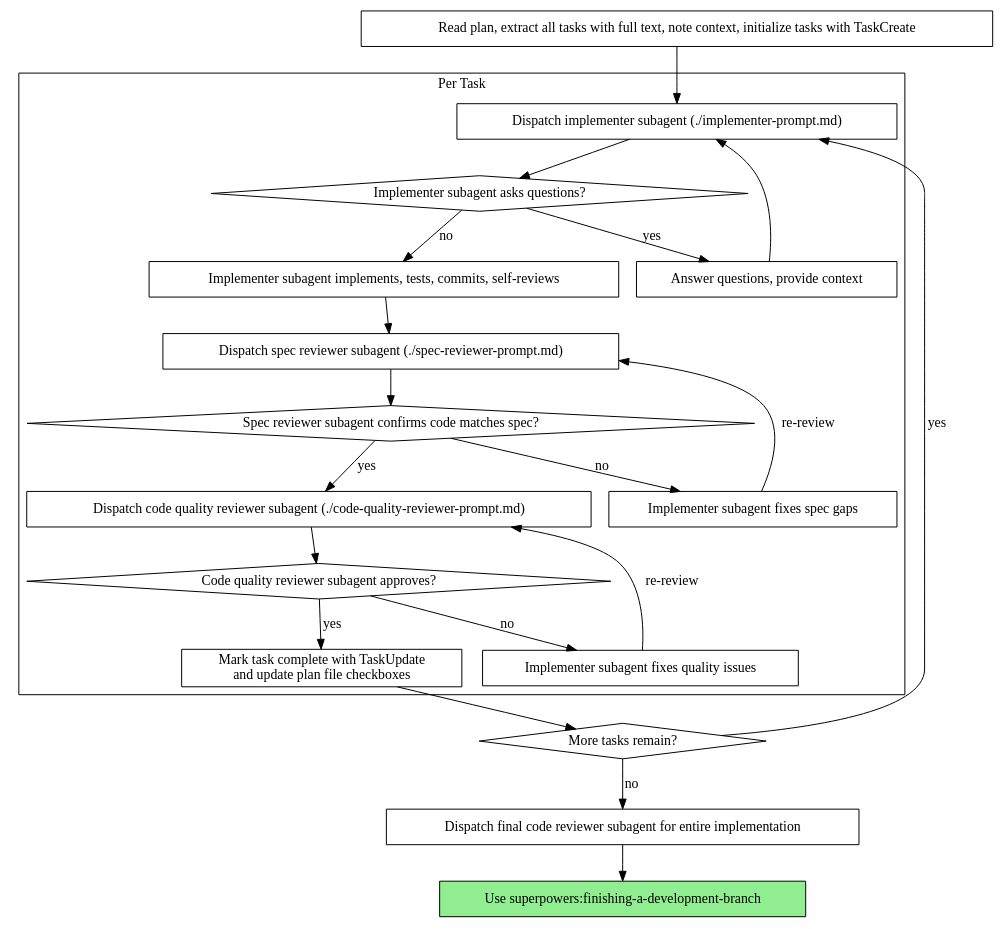
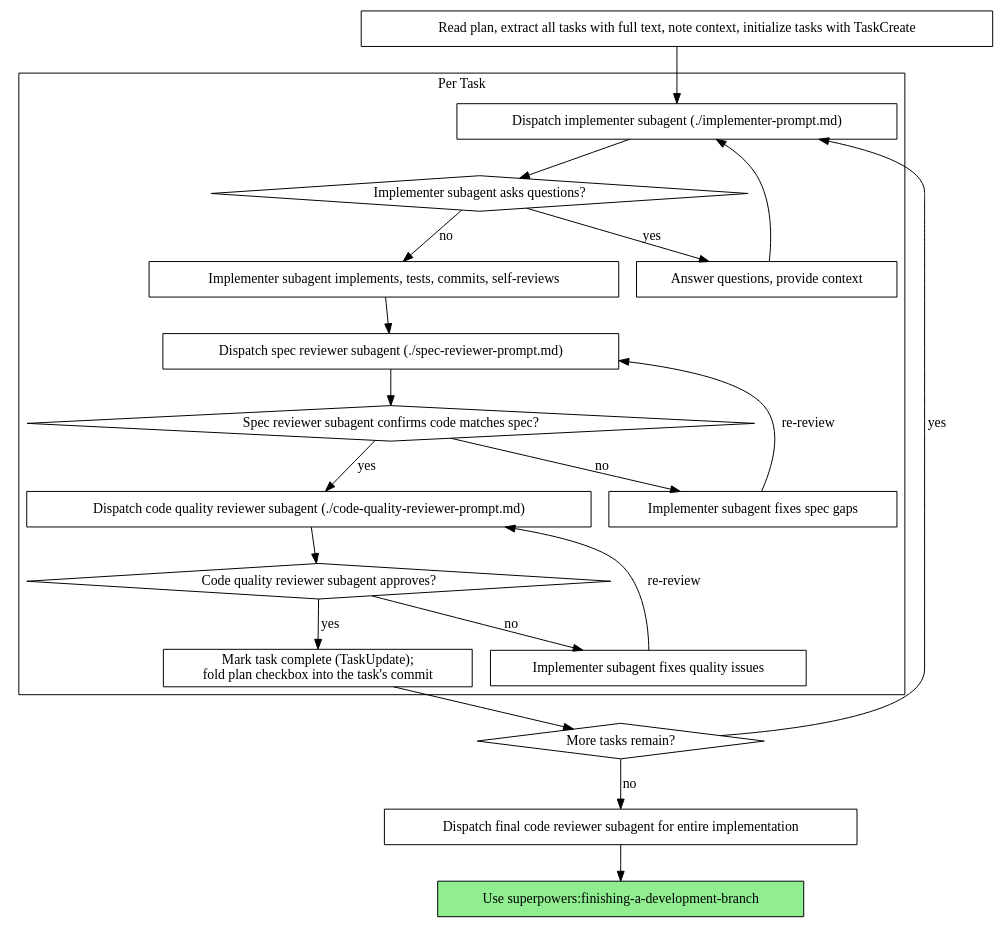
Before and after one commit to jasoncarr95/superpowers: the second of 2 diagrams in skills/subagent-driven-development/SKILL.md, drawn with Graphviz. The commit also changed other lines of this file and 1 other file, not shown here.

First line of the commit message:
feat(skills): fold plan-checkbox flip into the task's commit

````diff
--- a/skills/subagent-driven-development/SKILL.md
+++ b/skills/subagent-driven-development/SKILL.md
@@ -45,44 +45,44 @@
 ```dot
 digraph process {
     rankdir=TB;
 
     subgraph cluster_per_task {
         label="Per Task";
         "Dispatch implementer subagent (./implementer-prompt.md)" [shape=box];
         "Implementer subagent asks questions?" [shape=diamond];
         "Answer questions, provide context" [shape=box];
         "Implementer subagent implements, tests, commits, self-reviews" [shape=box];
         "Dispatch spec reviewer subagent (./spec-reviewer-prompt.md)" [shape=box];
         "Spec reviewer subagent confirms code matches spec?" [shape=diamond];
         "Implementer subagent fixes spec gaps" [shape=box];
         "Dispatch code quality reviewer subagent (./code-quality-reviewer-prompt.md)" [shape=box];
         "Code quality reviewer subagent approves?" [shape=diamond];
         "Implementer subagent fixes quality issues" [shape=box];
-        "Mark task complete with TaskUpdate\nand update plan file checkboxes" [shape=box];
+        "Mark task complete (TaskUpdate);\nfold plan checkbox into the task's commit" [shape=box];
     }
 
     "Read plan, extract all tasks with full text, note context, initialize tasks with TaskCreate" [shape=box];
     "More tasks remain?" [shape=diamond];
     "Dispatch final code reviewer subagent for entire implementation" [shape=box];
     "Use superpowers:finishing-a-development-branch" [shape=box style=filled fillcolor=lightgreen];
 
     "Read plan, extract all tasks with full text, note context, initialize tasks with TaskCreate" -> "Dispatch implementer subagent (./implementer-prompt.md)";
     "Dispatch implementer subagent (./implementer-prompt.md)" -> "Implementer subagent asks questions?";
     "Implementer subagent asks questions?" -> "Answer questions, provide context" [label="yes"];
     "Answer questions, provide context" -> "Dispatch implementer subagent (./implementer-prompt.md)";
     "Implementer subagent asks questions?" -> "Implementer subagent implements, tests, commits, self-reviews" [label="no"];
     "Implementer subagent implements, tests, commits, self-reviews" -> "Dispatch spec reviewer subagent (./spec-reviewer-prompt.md)";
     "Dispatch spec reviewer subagent (./spec-reviewer-prompt.md)" -> "Spec reviewer subagent confirms code matches spec?";
     "Spec reviewer subagent confirms code matches spec?" -> "Implementer subagent fixes spec gaps" [label="no"];
     "Implementer subagent fixes spec gaps" -> "Dispatch spec reviewer subagent (./spec-reviewer-prompt.md)" [label="re-review"];
     "Spec reviewer subagent confirms code matches spec?" -> "Dispatch code quality reviewer subagent (./code-quality-reviewer-prompt.md)" [label="yes"];
     "Dispatch code quality reviewer subagent (./code-quality-reviewer-prompt.md)" -> "Code quality reviewer subagent approves?";
     "Code quality reviewer subagent approves?" -> "Implementer subagent fixes quality issues" [label="no"];
     "Implementer subagent fixes quality issues" -> "Dispatch code quality reviewer subagent (./code-quality-reviewer-prompt.md)" [label="re-review"];
-    "Code quality reviewer subagent approves?" -> "Mark task complete with TaskUpdate\nand update plan file checkboxes" [label="yes"];
-    "Mark task complete with TaskUpdate\nand update plan file checkboxes" -> "More tasks remain?";
+    "Code quality reviewer subagent approves?" -> "Mark task complete (TaskUpdate);\nfold plan checkbox into the task's commit" [label="yes"];
+    "Mark task complete (TaskUpdate);\nfold plan checkbox into the task's commit" -> "More tasks remain?";
     "More tasks remain?" -> "Dispatch implementer subagent (./implementer-prompt.md)" [label="yes"];
     "More tasks remain?" -> "Dispatch final code reviewer subagent for entire implementation" [label="no"];
     "Dispatch final code reviewer subagent for entire implementation" -> "Use superpowers:finishing-a-development-branch";
 }
 ```
````
